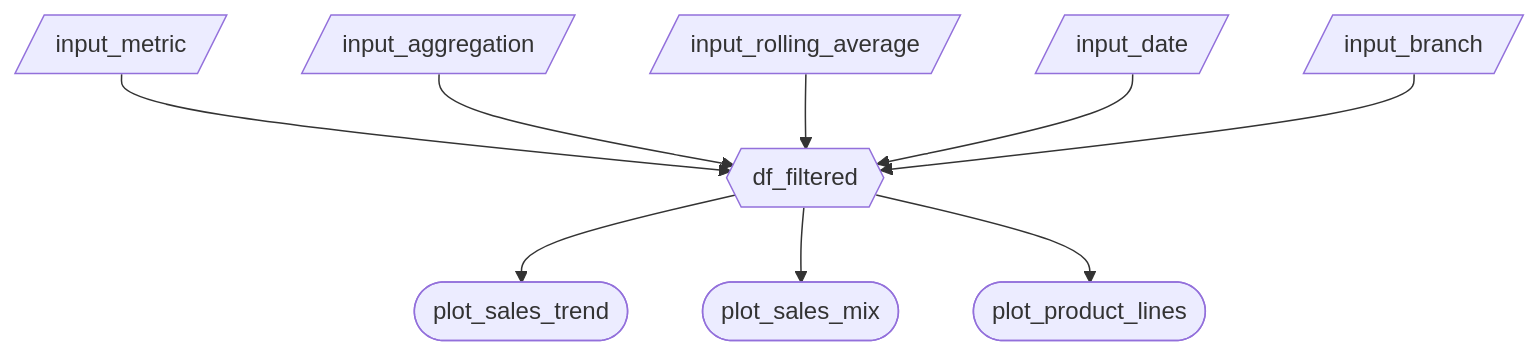
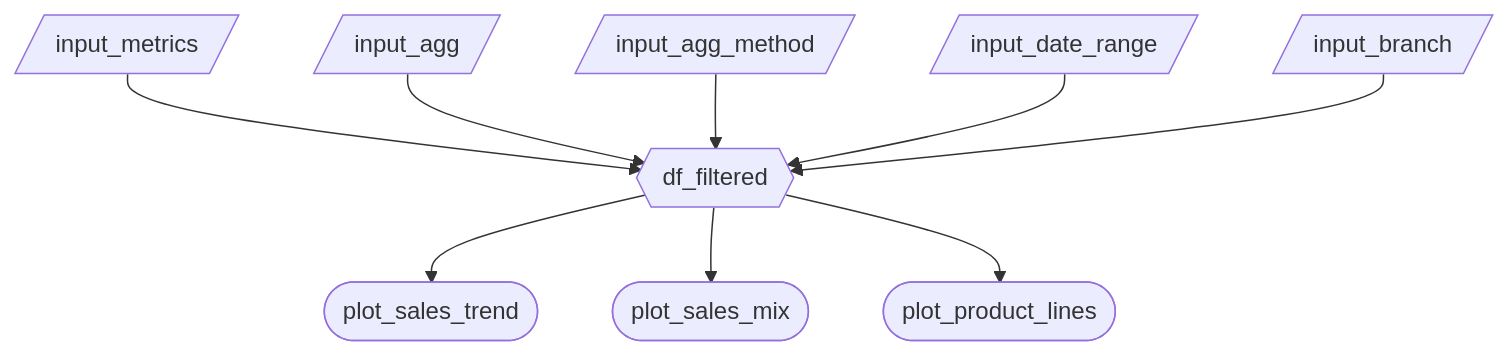
One commit to UBC-MDS/DSCI-532_2026_2_walmonitor changed the diagram in reports/m2_spec.md. Above: the diagram before and after it, drawn with Mermaid. The commit also changed other lines of this file, not shown here.

Commit message:
Align input names

````diff
--- a/reports/m2_spec.md
+++ b/reports/m2_spec.md
@@ -21,11 +9,11 @@
 ```mermaid
 flowchart TD
-  A[/input_metric/] --> F{{df_filtered}}
-  B[/input_aggregation/] --> F
-  C[/input_rolling_average/] --> F
-  D[/input_date/] --> F
+  A[/input_metrics/] --> F{{df_filtered}}
+  B[/input_agg/] --> F
+  C[/input_agg_method/] --> F
+  D[/input_date_range/] --> F
   E[/input_branch/] --> F
   F --> P1([plot_sales_trend])
   F --> P2([plot_sales_mix])
   F --> P3([plot_product_lines])  
 ```
````
